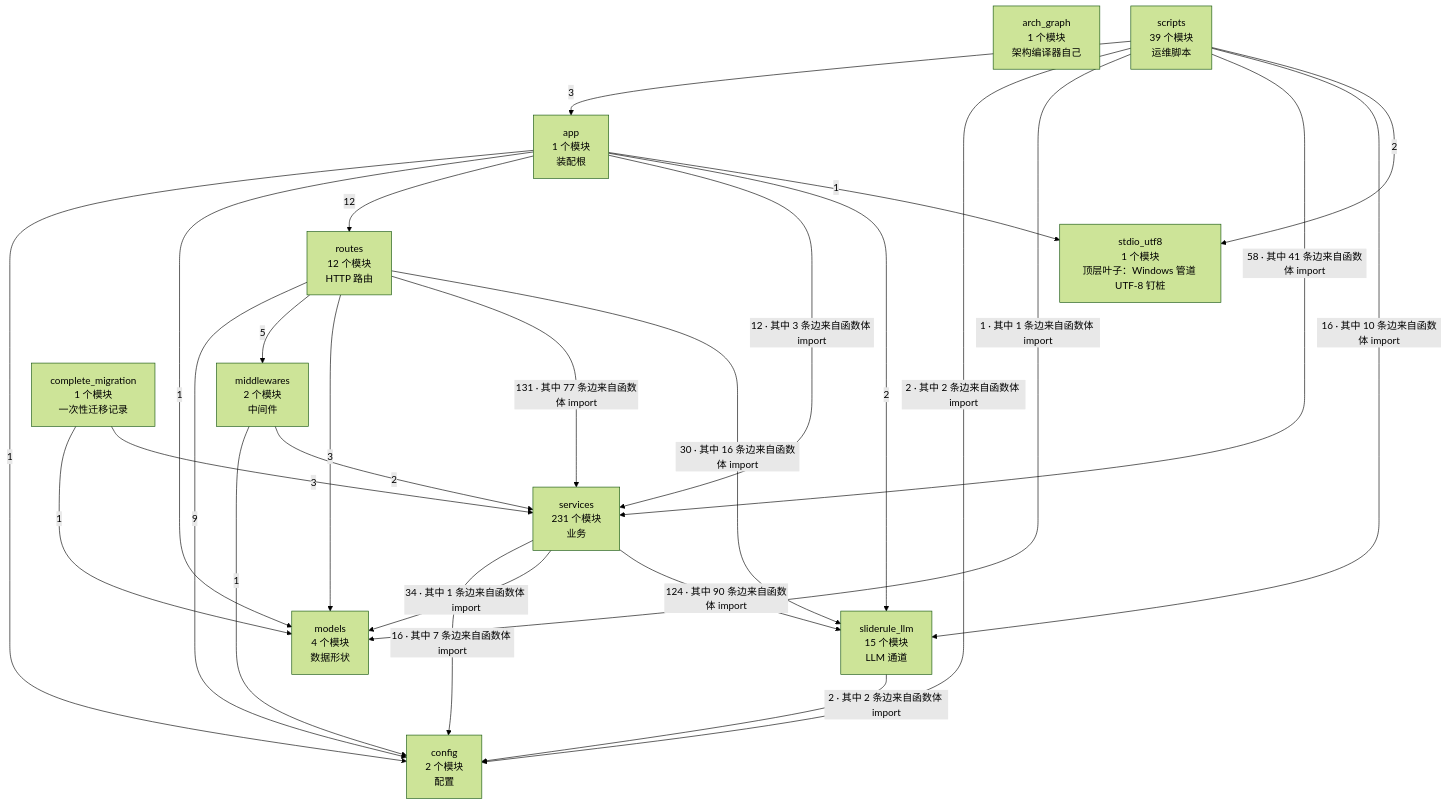
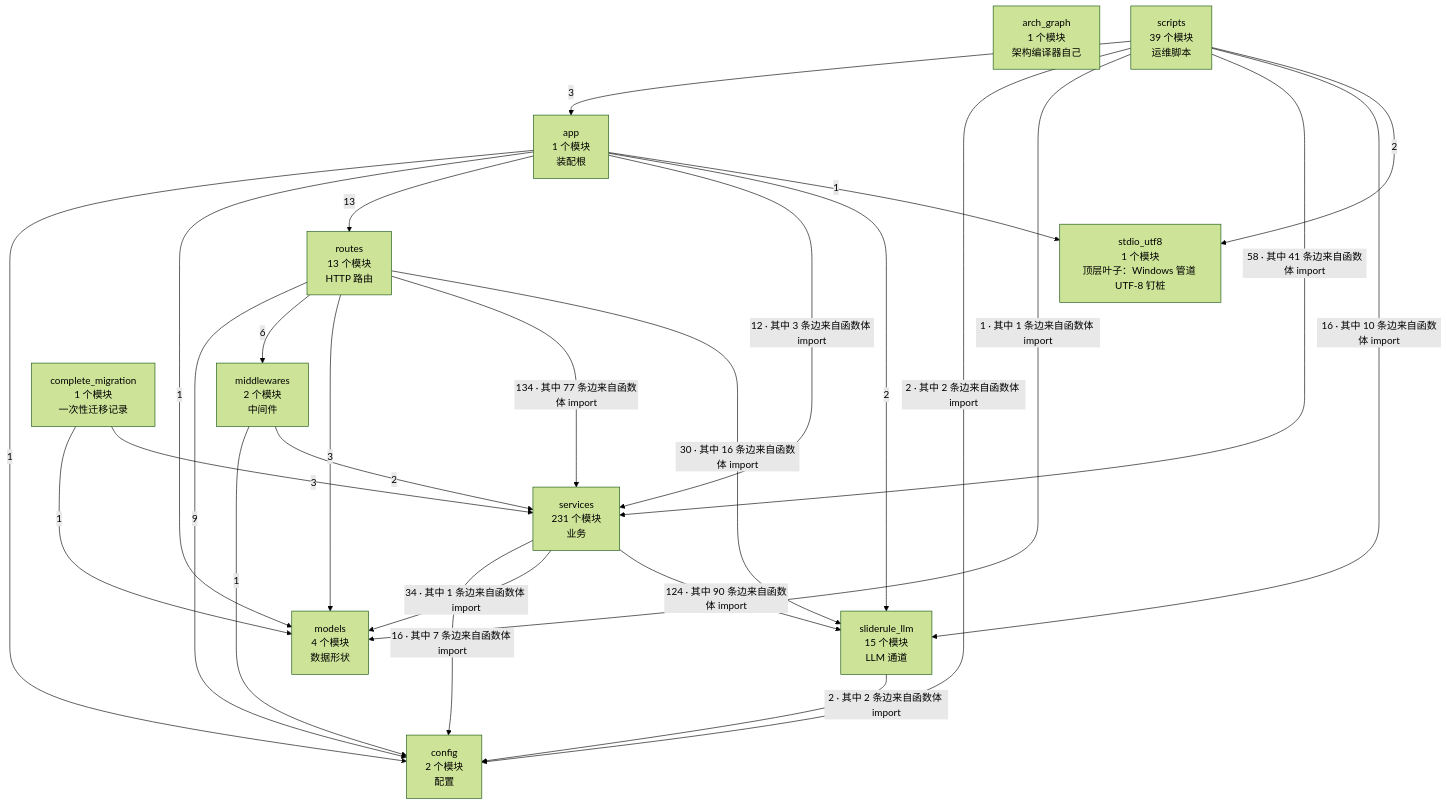
One commit to 2686521696/WhyBuddy changed the second of 4 diagrams in docs/SlideRule V6.2 架构图（自动生成）.md. Above: the diagram before and after it, drawn with Mermaid (forest theme). The commit also changed other lines of this file and 5 other files, not shown here.

````diff
--- a/docs/SlideRule V6.2 架构图（自动生成）.md
+++ b/docs/SlideRule V6.2 架构图（自动生成）.md
@@ -62,39 +62,39 @@
 ```mermaid
 flowchart TB
   arch_graph["arch_graph<br/>1 个模块<br/>架构编译器自己"]
   config["config<br/>2 个模块<br/>配置"]
   models["models<br/>4 个模块<br/>数据形状"]
   stdio_utf8["stdio_utf8<br/>1 个模块<br/>顶层叶子：Windows 管道 UTF-8 钉桩"]
   sliderule_llm["sliderule_llm<br/>15 个模块<br/>LLM 通道"]
   middlewares["middlewares<br/>2 个模块<br/>中间件"]
   services["services<br/>231 个模块<br/>业务"]
-  routes["routes<br/>12 个模块<br/>HTTP 路由"]
+  routes["routes<br/>13 个模块<br/>HTTP 路由"]
   app["app<br/>1 个模块<br/>装配根"]
   complete_migration["complete_migration<br/>1 个模块<br/>一次性迁移记录"]
   scripts["scripts<br/>39 个模块<br/>运维脚本"]
   app -->|1| config
   app -->|1| models
-  app -->|12| routes
+  app -->|13| routes
   app -->|12 · 其中 3 条边来自函数体 import| services
   app -->|2| sliderule_llm
   app -->|1| stdio_utf8
   complete_migration -->|1| models
   complete_migration -->|3| services
   middlewares -->|1| config
   middlewares -->|2| services
   routes -->|9| config
-  routes -->|5| middlewares
+  routes -->|6| middlewares
   routes -->|3| models
-  routes -->|131 · 其中 77 条边来自函数体 import| services
+  routes -->|134 · 其中 77 条边来自函数体 import| services
   routes -->|30 · 其中 16 条边来自函数体 import| sliderule_llm
   scripts -->|3| app
   scripts -->|2 · 其中 2 条边来自函数体 import| config
   scripts -->|1 · 其中 1 条边来自函数体 import| models
   scripts -->|58 · 其中 41 条边来自函数体 import| services
   scripts -->|16 · 其中 10 条边来自函数体 import| sliderule_llm
   scripts -->|2| stdio_utf8
   services -->|16 · 其中 7 条边来自函数体 import| config
   services -->|34 · 其中 1 条边来自函数体 import| models
   services -->|124 · 其中 90 条边来自函数体 import| sliderule_llm
   sliderule_llm -->|2 · 其中 2 条边来自函数体 import| config
 ```
````
